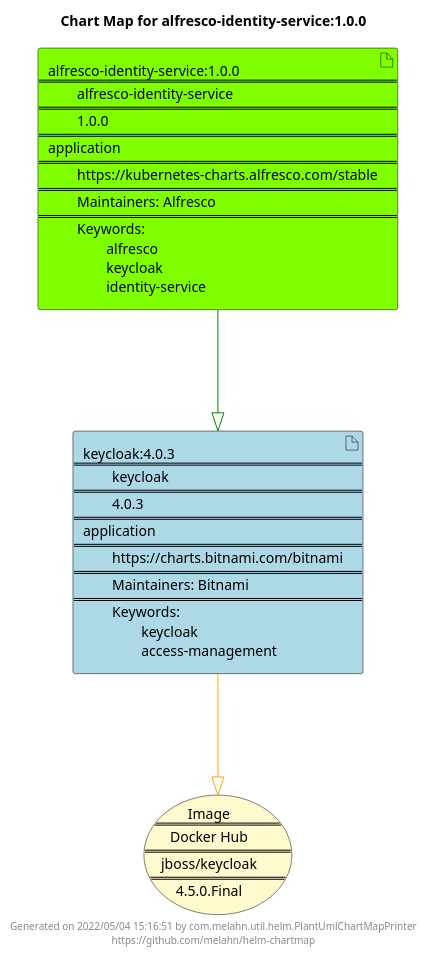
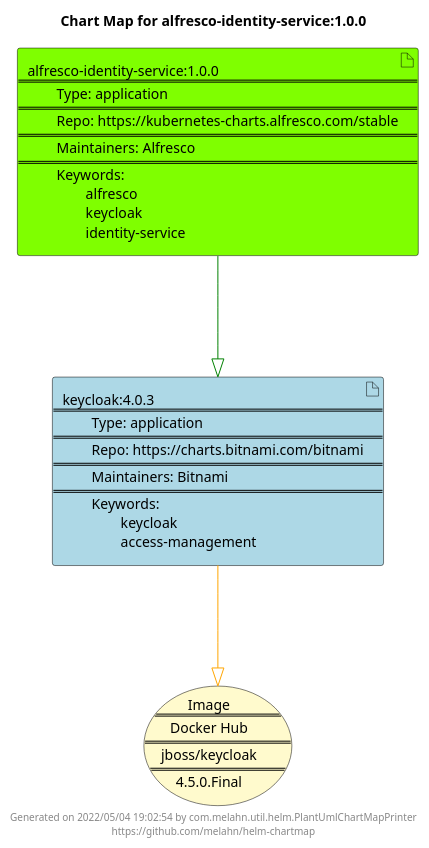
One commit to melahn/helm-chartmap changed the diagram in docs/alfresco-identity-service/alfresco-identity-service-1.0.0.puml. Above: the diagram before and after it, drawn with PlantUML. The commit also changed 54 other files, not shown here.

Commit message:
Update Example Chart Maps as part of GitHub build

```diff
--- a/docs/alfresco-identity-service/alfresco-identity-service-1.0.0.puml
+++ b/docs/alfresco-identity-service/alfresco-identity-service-1.0.0.puml
@@ -1,23 +1,23 @@
 @startuml
 skinparam linetype ortho
 skinparam backgroundColor white
 skinparam usecaseBorderColor black
 skinparam usecaseArrowColor LightSlateGray
 skinparam artifactBorderColor black
 skinparam artifactArrowColor LightSlateGray
 
 title Chart Map for alfresco-identity-service:1.0.0
 
 'There are 2 referenced Helm Charts
-artifact "keycloak:4.0.3\n====\n\tkeycloak\n====\n\t4.0.3\n====\napplication\n====\n\thttps://charts.bitnami.com/bitnami\n====\n\tMaintainers: Bitnami\n====\n\tKeywords: \n\t\tkeycloak\n\t\taccess-management" as keycloak_4_0_3 #LightBlue
-artifact "alfresco-identity-service:1.0.0\n====\n\talfresco-identity-service\n====\n\t1.0.0\n====\napplication\n====\n\thttps://kubernetes-charts.alfresco.com/stable\n====\n\tMaintainers: Alfresco\n====\n\tKeywords: \n\t\talfresco\n\t\tkeycloak\n\t\tidentity-service" as alfresco_identity_service_1_0_0 #Chartreuse
+artifact "keycloak:4.0.3\n====\n\tType: application\n====\n\tRepo: https://charts.bitnami.com/bitnami\n====\n\tMaintainers: Bitnami\n====\n\tKeywords: \n\t\tkeycloak\n\t\taccess-management" as keycloak_4_0_3 #LightBlue
+artifact "alfresco-identity-service:1.0.0\n====\n\tType: application\n====\n\tRepo: https://kubernetes-charts.alfresco.com/stable\n====\n\tMaintainers: Alfresco\n====\n\tKeywords: \n\t\talfresco\n\t\tkeycloak\n\t\tidentity-service" as alfresco_identity_service_1_0_0 #Chartreuse
 
 'There is one referenced Docker Image
 usecase "Image\n====\nDocker Hub\n====\njboss/keycloak\n====\n4.5.0.Final" as jboss_keycloak_4_5_0_Final #LemonChiffon
 
 'Chart Dependencies
 alfresco_identity_service_1_0_0--[#green]-|>keycloak_4_0_3
 keycloak_4_0_3--[#orange]-|>jboss_keycloak_4_5_0_Final
 
-center footer Generated on 2022/05/04 15:16:51 by com.melahn.util.helm.PlantUmlChartMapPrinter\nhttps://github.com/melahn/helm-chartmap
+center footer Generated on 2022/05/04 19:02:54 by com.melahn.util.helm.PlantUmlChartMapPrinter\nhttps://github.com/melahn/helm-chartmap
 @enduml
```
